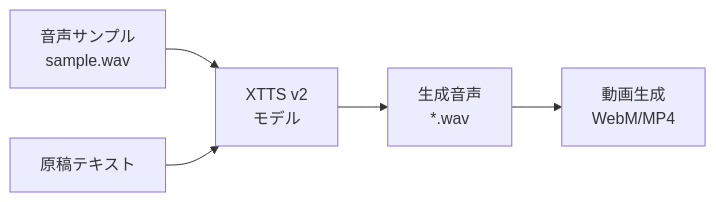
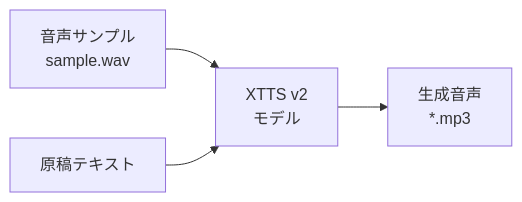
Before and after one commit to J1921604/MyVoice-Maker: the first of 5 diagrams in docs/完全仕様書.md, drawn with Mermaid. The commit also changed other lines of this file and 8 other files, not shown here.

````diff
--- a/docs/完全仕様書.md
+++ b/docs/完全仕様書.md
@@ -35,7 +33,6 @@
 ```mermaid
 flowchart LR
     A[音声サンプル<br/>sample.wav] --> B[XTTS v2<br/>モデル]
     C[原稿テキスト] --> B
-    B --> D[生成音声<br/>*.wav]
-    D --> E[動画生成<br/>WebM/MP4]
+    B --> D[生成音声<br/>*.mp3]
 ```
````
